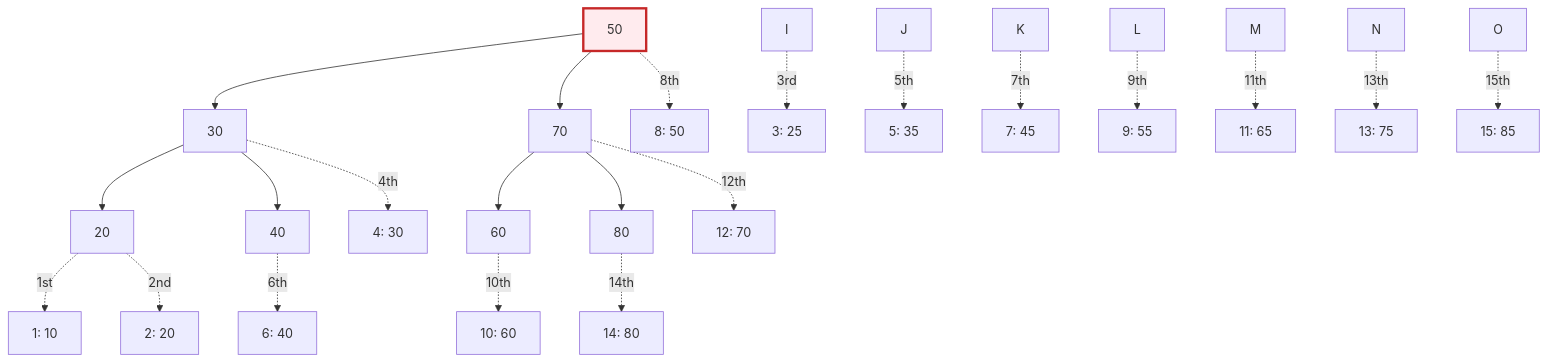
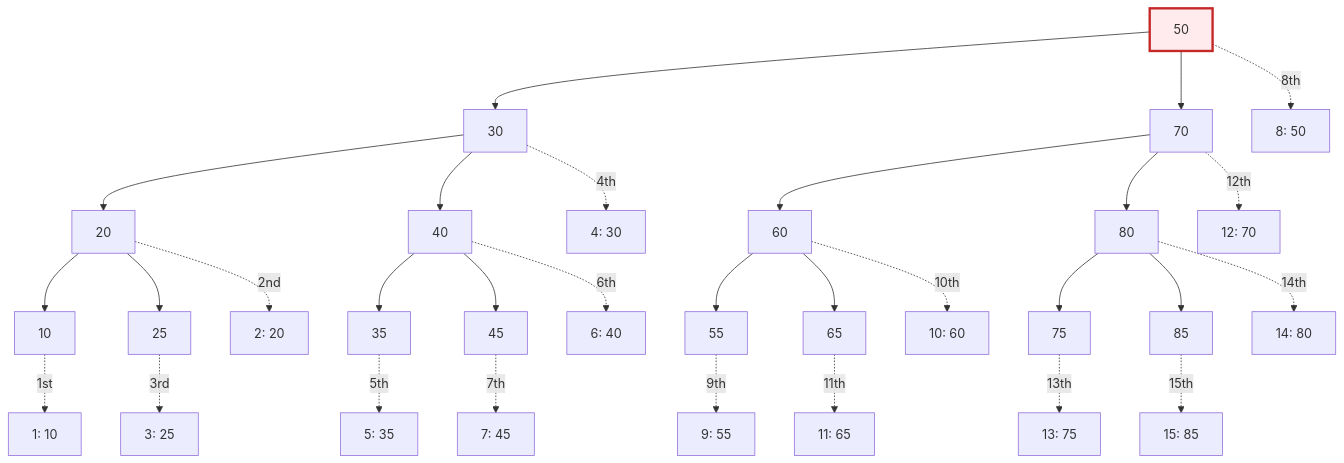
Before and after one commit to imyash0722/SEM3-DSA-UE25CS52A-STUDY-MATERIAL: the second of 6 diagrams in site/docs/unit3/theory/unit3_02_binary_trees_bst.md, drawn with Mermaid. The commit also changed other lines of this file and 113 other files, not shown here.

Commit message:
Fix Mermaid diagram syntax, dark mode readability, algorithmic visualizations, and update site build

````diff
--- a/site/docs/unit3/theory/unit3_02_binary_trees_bst.md
+++ b/site/docs/unit3/theory/unit3_02_binary_trees_bst.md
@@ -67,28 +67,36 @@
 ```mermaid
 graph TD
     A[50] --> B[30]
     A --> C[70]
     B --> D[20]
     B --> E[40]
     C --> F[60]
     C --> G[80]
+    D --> H[10]
+    D --> I[25]
+    E --> J[35]
+    E --> K[45]
+    F --> L[55]
+    F --> M[65]
+    G --> N[75]
+    G --> O[85]
     
     %% Traversal order annotations
-    D -.->|1st| Order1[1: 10]
+    H -.->|1st| Order1[1: 10]
     D -.->|2nd| Order2[2: 20]
     I -.->|3rd| Order3[3: 25]
     B -.->|4th| Order4[4: 30]
     J -.->|5th| Order5[5: 35]
     E -.->|6th| Order6[6: 40]
     K -.->|7th| Order7[7: 45]
     A -.->|8th| Order8[8: 50]
     L -.->|9th| Order9[9: 55]
     F -.->|10th| Order10[10: 60]
     M -.->|11th| Order11[11: 65]
     C -.->|12th| Order12[12: 70]
     N -.->|13th| Order13[13: 75]
     G -.->|14th| Order14[14: 80]
     O -.->|15th| Order15[15: 85]
     
     style A fill:#ffebee,stroke:#c62828,stroke-width:3px
 ```
````
